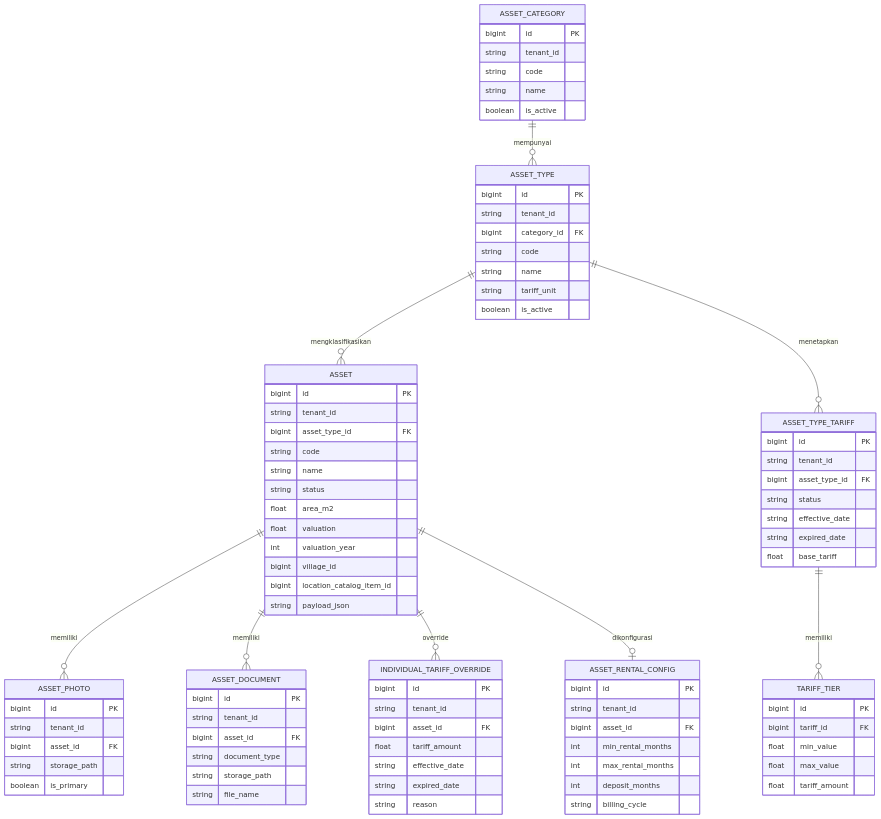
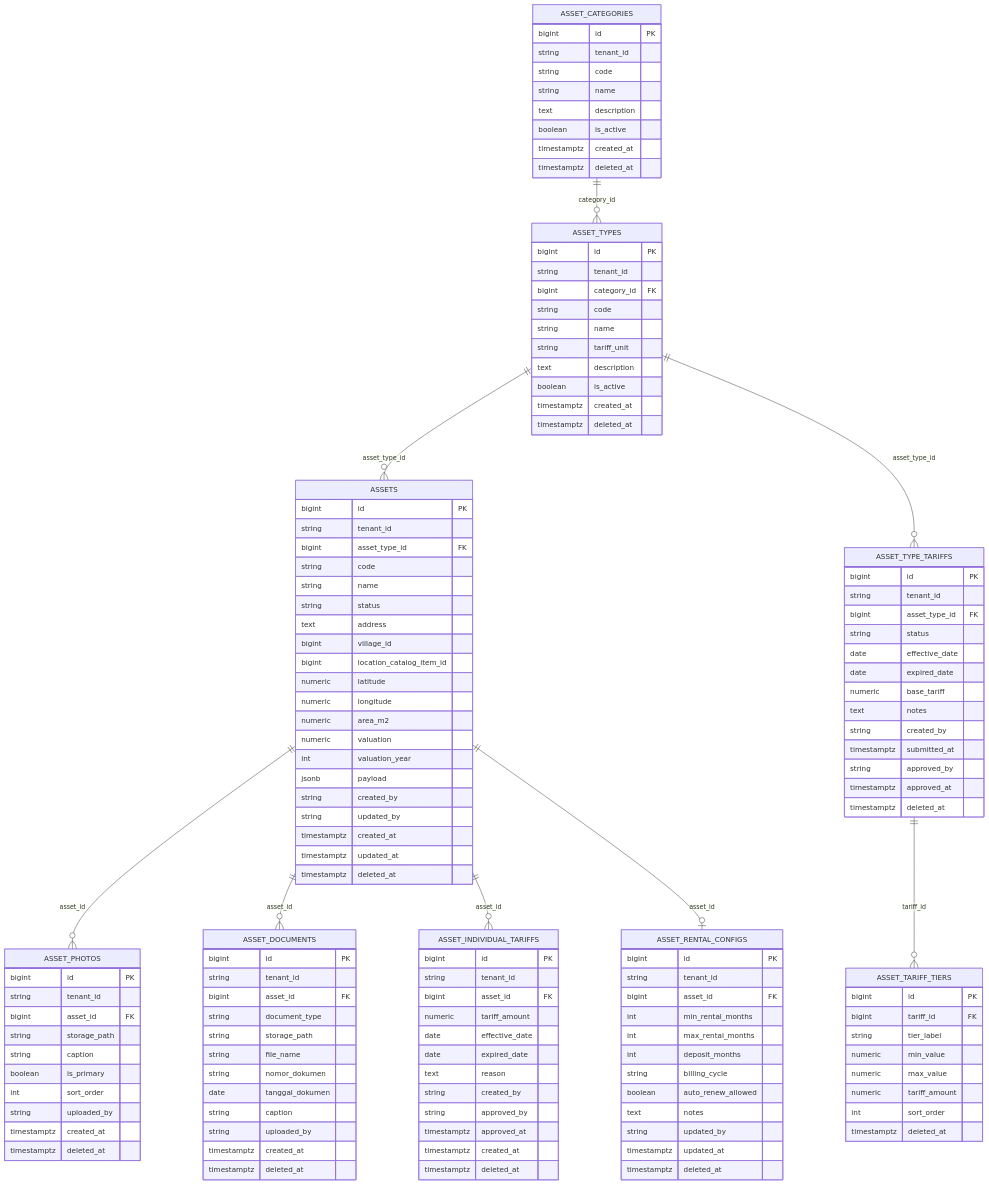
The fourth of 10 diagrams in docs/DATABASE_DIAGRAM.md (hugosmrgkr/tapatupa), drawn with Mermaid before and after one commit. The commit also changed other lines of this file and 1 other file, not shown here.

````diff
--- a/docs/DATABASE_DIAGRAM.md
+++ b/docs/DATABASE_DIAGRAM.md
@@ -177,84 +276,123 @@
 ```mermaid
 erDiagram
-  ASSET_CATEGORY {
+  ASSET_CATEGORIES {
     bigint id PK
     string tenant_id
     string code
     string name
+    text description
     boolean is_active
+    timestamptz created_at
+    timestamptz deleted_at
   }
 
-  ASSET_TYPE {
+  ASSET_TYPES {
     bigint id PK
     string tenant_id
     bigint category_id FK
     string code
     string name
     string tariff_unit
+    text description
     boolean is_active
+    timestamptz created_at
+    timestamptz deleted_at
   }
 
-  ASSET {
+  ASSETS {
     bigint id PK
     string tenant_id
     bigint asset_type_id FK
     string code
     string name
     string status
-    float area_m2
-    float valuation
-    int valuation_year
+    text address
     bigint village_id
     bigint location_catalog_item_id
-    string payload_json
+    numeric latitude
+    numeric longitude
+    numeric area_m2
+    numeric valuation
+    int valuation_year
+    jsonb payload
+    string created_by
+    string updated_by
+    timestamptz created_at
+    timestamptz updated_at
+    timestamptz deleted_at
   }
 
-  ASSET_PHOTO {
+  ASSET_PHOTOS {
     bigint id PK
     string tenant_id
     bigint asset_id FK
     string storage_path
+    string caption
     boolean is_primary
+    int sort_order
+    string uploaded_by
+    timestamptz created_at
+    timestamptz deleted_at
   }
 
-  ASSET_DOCUMENT {
+  ASSET_DOCUMENTS {
     bigint id PK
     string tenant_id
     bigint asset_id FK
     string document_type
     string storage_path
     string file_name
+    string nomor_dokumen
+    date tanggal_dokumen
+    string caption
+    string uploaded_by
+    timestamptz created_at
+    timestamptz deleted_at
   }
 
-  ASSET_TYPE_TARIFF {
+  ASSET_TYPE_TARIFFS {
     bigint id PK
     string tenant_id
     bigint asset_type_id FK
     string status
-    string effective_date
-    string expired_date
-    float base_tariff
+    date effective_date
+    date expired_date
+    numeric base_tariff
+    text notes
+    string created_by
+    timestamptz submitted_at
+    string approved_by
+    timestamptz approved_at
+    timestamptz deleted_at
   }
 
-  TARIFF_TIER {
+  ASSET_TARIFF_TIERS {
     bigint id PK
     bigint tariff_id FK
-    float min_value
-    float max_value
-    float tariff_amount
+    string tier_label
+    numeric min_value
+    numeric max_value
+    numeric tariff_amount
+    int sort_order
+    timestamptz deleted_at
   }
 
-  INDIVIDUAL_TARIFF_OVERRIDE {
+  ASSET_INDIVIDUAL_TARIFFS {
     bigint id PK
     string tenant_id
     bigint asset_id FK
-    float tariff_amount
-    string effective_date
-    string expired_date
-    string reason
+    numeric tariff_amount
+    date effective_date
+    date expired_date
+    text reason
+    string created_by
+    string approved_by
+    timestamptz approved_at
+    timestamptz created_at
+    timestamptz deleted_at
   }
 
-  ASSET_RENTAL_CONFIG {
+  ASSET_RENTAL_CONFIGS {
     bigint id PK
     string tenant_id
     bigint asset_id FK
@@ -262,18 +400,19 @@
     int max_rental_months
     int deposit_months
     string billing_cycle
+    boolean auto_renew_allowed
+    text notes
+    string updated_by
+    timestamptz updated_at
+    timestamptz deleted_at
   }
 
-  %% Relasi (kardinalitas)
-  ASSET_CATEGORY ||--o{ ASSET_TYPE : "mempunyai"
-  ASSET_TYPE ||--o{ ASSET : "mengklasifikasikan"
-
-  ASSET ||--o{ ASSET_PHOTO : "memiliki"
-  ASSET ||--o{ ASSET_DOCUMENT : "memiliki"
-
-  ASSET_TYPE ||--o{ ASSET_TYPE_TARIFF : "menetapkan"
-  ASSET_TYPE_TARIFF ||--o{ TARIFF_TIER : "memiliki"
-
-  ASSET ||--o{ INDIVIDUAL_TARIFF_OVERRIDE : "override"
-  ASSET ||--o| ASSET_RENTAL_CONFIG : "dikonfigurasi"
+  ASSET_CATEGORIES ||--o{ ASSET_TYPES : "category_id"
+  ASSET_TYPES ||--o{ ASSETS : "asset_type_id"
+  ASSETS ||--o{ ASSET_PHOTOS : "asset_id"
+  ASSETS ||--o{ ASSET_DOCUMENTS : "asset_id"
+  ASSET_TYPES ||--o{ ASSET_TYPE_TARIFFS : "asset_type_id"
+  ASSET_TYPE_TARIFFS ||--o{ ASSET_TARIFF_TIERS : "tariff_id"
+  ASSETS ||--o{ ASSET_INDIVIDUAL_TARIFFS : "asset_id"
+  ASSETS ||--o| ASSET_RENTAL_CONFIGS : "asset_id"
 ```
````
